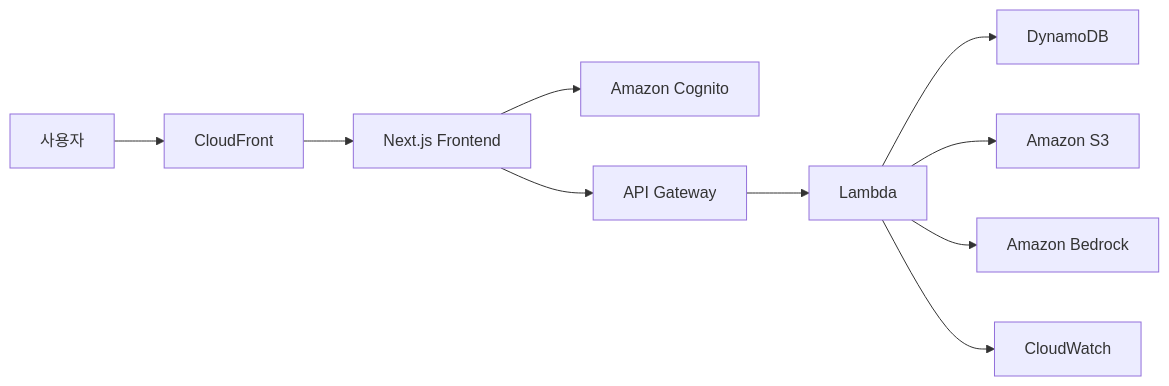
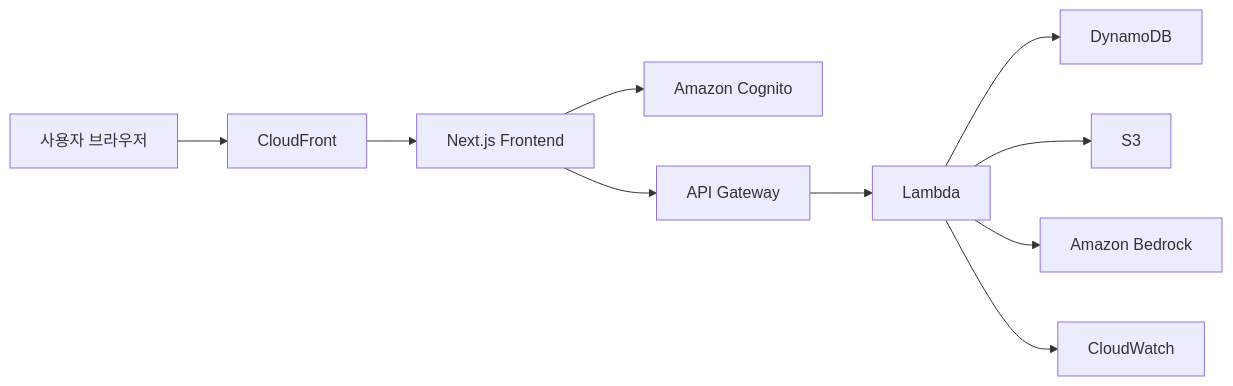
The diagram in README.md (speed6569-pixel/BankFlow), drawn with Mermaid before and after one commit. The commit also changed other lines of this file, not shown here.

Commit message:
Refresh README for current demo flows

````diff
--- a/README.md
+++ b/README.md
@@ -94,12 +121,12 @@
 ```mermaid
 flowchart LR
-    U[사용자] --> CF[CloudFront]
-    CF --> FE[Next.js Frontend]
-    FE --> CG[Amazon Cognito]
-    FE --> APIGW[API Gateway]
-    APIGW --> L[Lambda]
-    L --> DDB[DynamoDB]
-    L --> S3[Amazon S3]
-    L --> BR[Amazon Bedrock]
-    L --> CW[CloudWatch]
+    U[사용자 브라우저] --> C[CloudFront]
+    C --> F[Next.js Frontend]
+    F --> A[Amazon Cognito]
+    F --> G[API Gateway]
+    G --> L[Lambda]
+    L --> D[DynamoDB]
+    L --> S[S3]
+    L --> B[Amazon Bedrock]
+    L --> W[CloudWatch]
 ```
````
